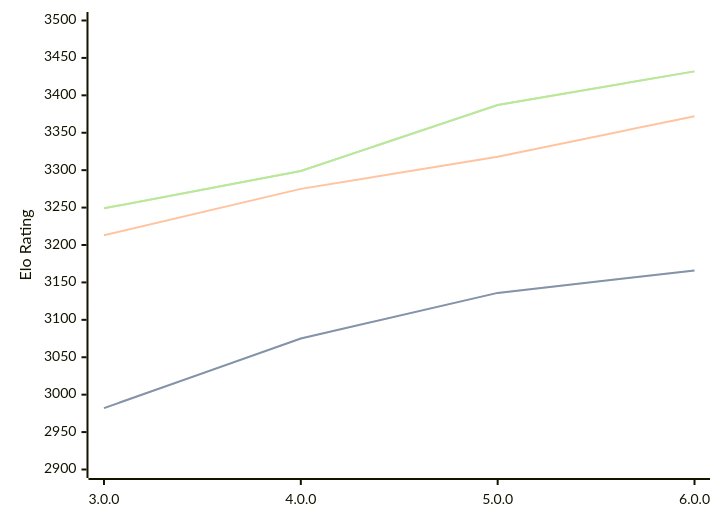
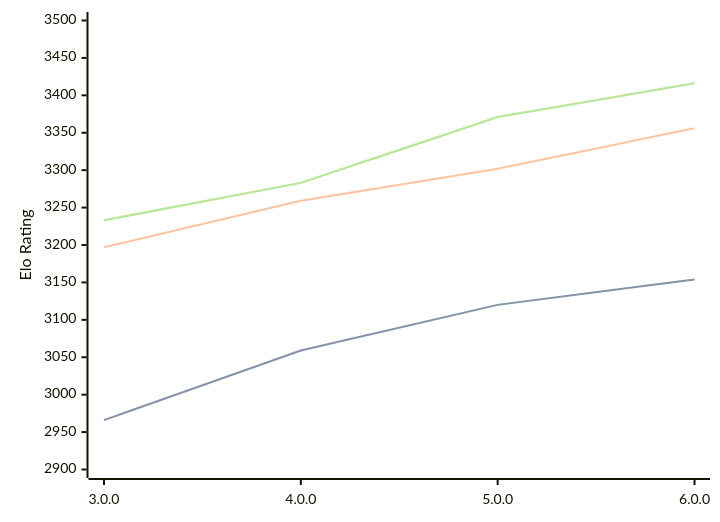
Before and after one commit to computer-chess-index/cci: the diagram in engines/Minke.md, drawn with Mermaid. The commit also changed other lines of this file, not shown here.

Commit message:
Update CCI Ratings (ELO VLTC) - 2026-05-20

````diff
--- a/engines/Minke.md
+++ b/engines/Minke.md
@@ -36,11 +36,11 @@
 ```mermaid
 %%{init: {"theme":"base","themeVariables":{"seriesColors:['#a3a3a3','#222221','#faa371']}}}%%
 xychart-beta
   x-axis ["3.0.0", "4.0.0", "5.0.0", "6.0.0"]
   y-axis "Elo Rating" 2900 --> 3500
-  line "STC (8.0+0.08s)" [2982, 3075, 3136, 3166]
-  line "STC (8.0+0.08s)" [2982, 3075, 3136, 3166]
-  line "LTC (60.0+0.60s)" [3213, 3275, 3318, 3372]
-  line "VLTC (2m24s+1.12s)" [3249, 3299, 3387, 3432]
-  line "VLTC (2m24s+1.12s)" [3249, 3299, 3387, 3432]
+  line "STC (8.0+0.08s)" [2966, 3059, 3120, 3154]
+  line "STC (8.0+0.08s)" [2966, 3059, 3120, 3154]
+  line "LTC (60.0+0.60s)" [3197, 3259, 3302, 3356]
+  line "VLTC (2m24s+1.12s)" [3233, 3283, 3371, 3416]
+  line "VLTC (2m24s+1.12s)" [3233, 3283, 3371, 3416]
 ```
````
